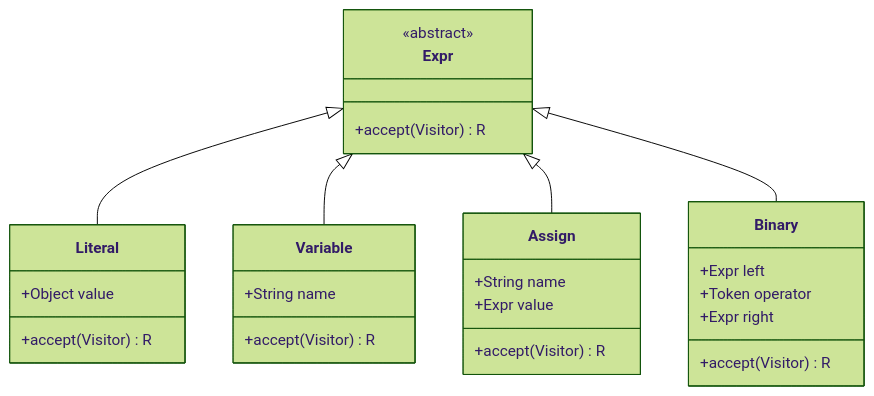
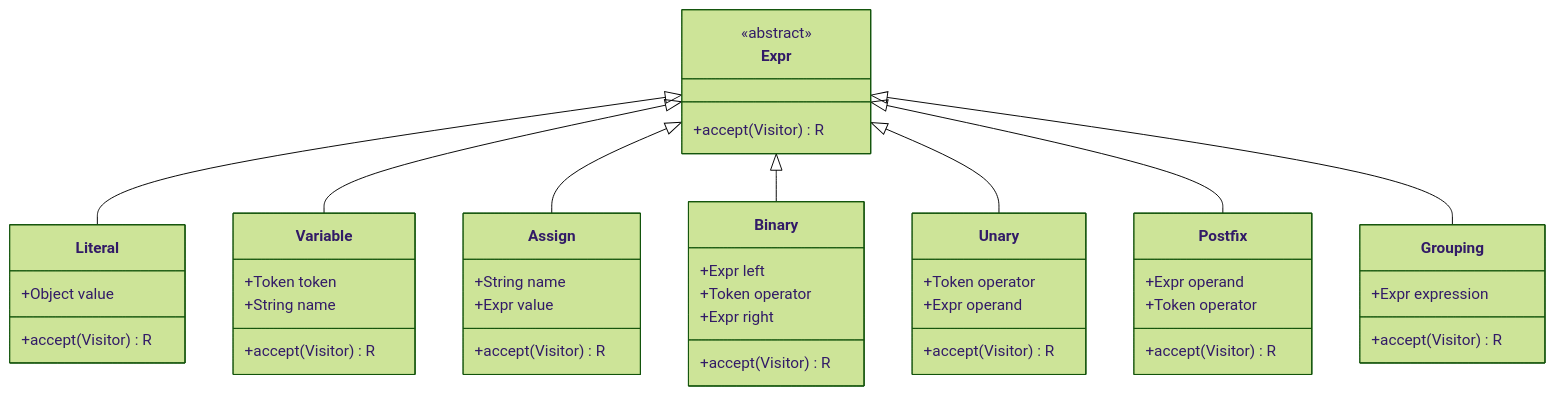
One commit to McKlay/bisaya-interpreter changed the third of 5 diagrams in docs/parser-specification.md. Above: the diagram before and after it, drawn with Mermaid (forest theme). The commit also changed other lines of this file and 9 other files, not shown here.

````diff
--- a/docs/parser-specification.md
+++ b/docs/parser-specification.md
@@ -149,35 +247,56 @@
 ```mermaid
 classDiagram
     class Expr {
         <<abstract>>
         +accept(Visitor) R
     }
     
     class Literal {
         +Object value
         +accept(Visitor) R
     }
     
     class Variable {
+        +Token token
         +String name
         +accept(Visitor) R
     }
     
     class Assign {
         +String name
         +Expr value
         +accept(Visitor) R
     }
     
     class Binary {
         +Expr left
         +Token operator
         +Expr right
         +accept(Visitor) R
     }
     
+    class Unary {
+        +Token operator
+        +Expr operand
+        +accept(Visitor) R
+    }
+    
+    class Postfix {
+        +Expr operand
+        +Token operator
+        +accept(Visitor) R
+    }
+    
+    class Grouping {
+        +Expr expression
+        +accept(Visitor) R
+    }
+    
     Expr <|-- Literal
     Expr <|-- Variable
     Expr <|-- Assign
     Expr <|-- Binary
+    Expr <|-- Unary
+    Expr <|-- Postfix
+    Expr <|-- Grouping
 ```
````
